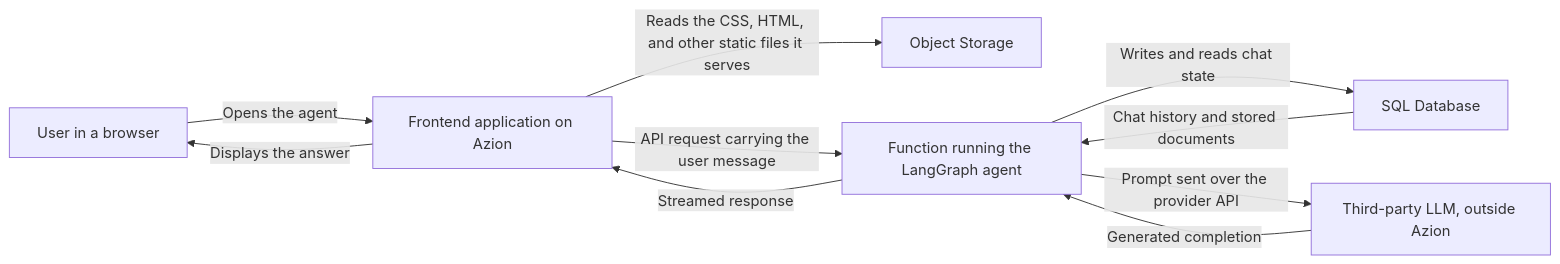
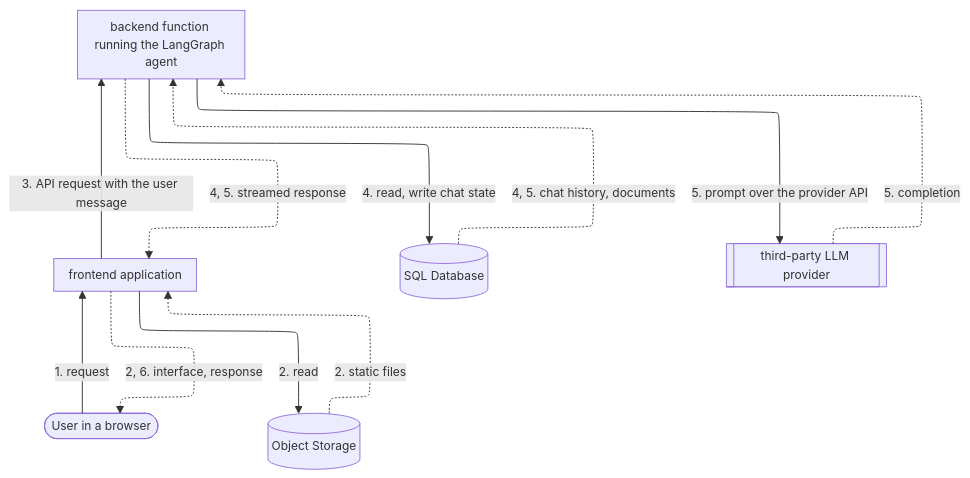
The diagram in apps/docs/src/content/docs/en/pages/architectures/artificial-intelligence/ai-agent-third-party-llm.mdx (aziontech/docs), drawn with Mermaid before and after one commit. The commit also changed other lines of this file and 179 other files, not shown here.

Commit message:
docs(diagrams): redraw every other diagram in the use-case diagram style (#2513)

````diff
--- a/apps/docs/src/content/docs/en/pages/architectures/artificial-intelligence/ai-agent-third-party-llm.mdx
+++ b/apps/docs/src/content/docs/en/pages/architectures/artificial-intelligence/ai-agent-third-party-llm.mdx
@@ -25,12 +25,20 @@
 ```mermaid
-flowchart LR
-  User["User in a browser"] -->|"Opens the agent"| Frontend["Frontend application on Azion"]
-  Frontend -->|"Reads the CSS, HTML, and other static files it serves"| Storage["Object Storage"]
-  Frontend -->|"API request carrying the user message"| Agent["Function running the LangGraph agent"]
-  Agent -->|"Writes and reads chat state"| Database["SQL Database"]
-  Database -->|"Chat history and stored documents"| Agent
-  Agent -->|"Prompt sent over the provider API"| LLM["Third-party LLM, outside Azion"]
-  LLM -->|"Generated completion"| Agent
-  Agent -->|"Streamed response"| Frontend
-  Frontend -->|"Displays the answer"| User
+%%{init: {"layout": "elk", "elk": {"cycleBreakingStrategy": "MODEL_ORDER"}, "themeVariables": {"fontSize": "13px"}, "flowchart": {"nodeSpacing": 24, "rankSpacing": 36, "padding": 8, "wrappingWidth": 150, "useMaxWidth": true}, "sequence": {"width": 120, "actorMargin": 30, "useMaxWidth": true}}}%%
+flowchart TD
+  User(["User in a browser"])
+  Frontend["frontend application"]
+  Bucket[("Object Storage")]
+  Agent["backend function running the LangGraph agent"]
+  DB[("SQL Database")]
+  LLM[["third-party LLM provider"]]
+  User -->|"1. request"| Frontend
+  Frontend -->|"2. read"| Bucket
+  Frontend -->|"3. API request with the user message"| Agent
+  Agent -->|"4. read, write chat state"| DB
+  Agent -->|"5. prompt over the provider API"| LLM
+  Bucket -.->|"2. static files"| Frontend
+  DB -.->|"4, 5. chat history, documents"| Agent
+  LLM -.->|"5. completion"| Agent
+  Agent -.->|"4, 5. streamed response"| Frontend
+  Frontend -.->|"2, 6. interface, response"| User
 ```
````
